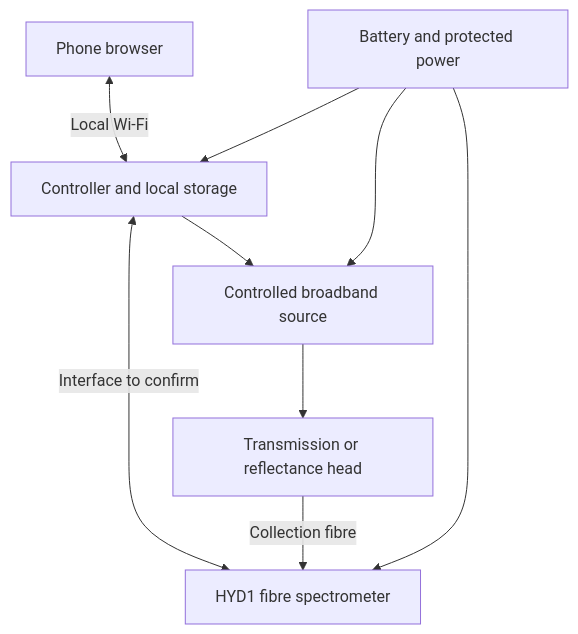
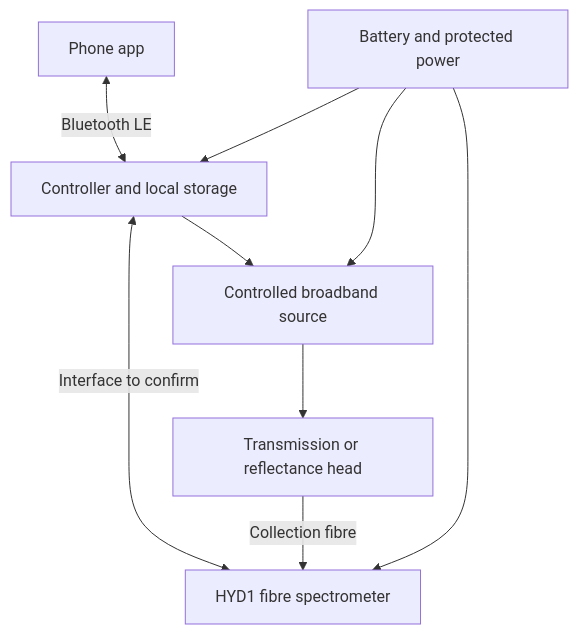
One commit to Extentsoftware/Field.Spectrometer changed the diagram in docs/project/A2_SYSTEM_DESIGN.md. Above: the diagram before and after it, drawn with Mermaid. The commit also changed other lines of this file, not shown here.

Commit message:
Select Bluetooth for A-2 a2_system_design

````diff
--- a/docs/project/A2_SYSTEM_DESIGN.md
+++ b/docs/project/A2_SYSTEM_DESIGN.md
@@ -7,11 +7,11 @@
 ```mermaid
 flowchart TD
- P[Phone browser] <-->|Local Wi-Fi| C[Controller and local storage]
+ P[Phone app] <-->|Bluetooth LE| C[Controller and local storage]
  C <-->|Interface to confirm| H[HYD1 fibre spectrometer]
  C --> L[Controlled broadband source]
  L --> O[Transmission or reflectance head]
  O -->|Collection fibre| H
  B[Battery and protected power] --> C
  B --> H
  B --> L
 ```
````
